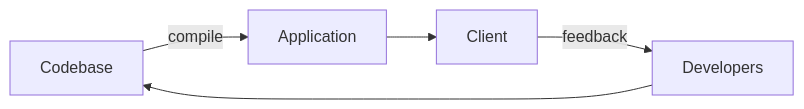
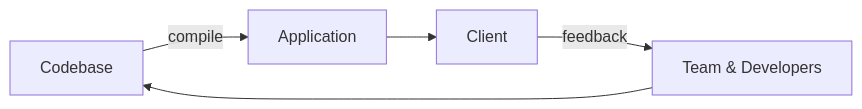
Before and after one commit to pulges/coding-style-from-working-to-art: the first of 2 diagrams in Architecture/Understanding_your_client_and_user.md, drawn with Mermaid. The commit also changed other lines of this file, not shown here.

Commit message:
Add real consumer chart

````diff
--- a/Architecture/Understanding_your_client_and_user.md
+++ b/Architecture/Understanding_your_client_and_user.md
@@ -6,6 +6,6 @@
 ```mermaid
 flowchart LR
 
-Codebase --> |compile| Application --> Client --> |feedback| Developers --> Codebase
+Codebase --> |compile| Application --> Client --> |feedback| Developers[Team & Developers] --> Codebase
 
 ```
````
